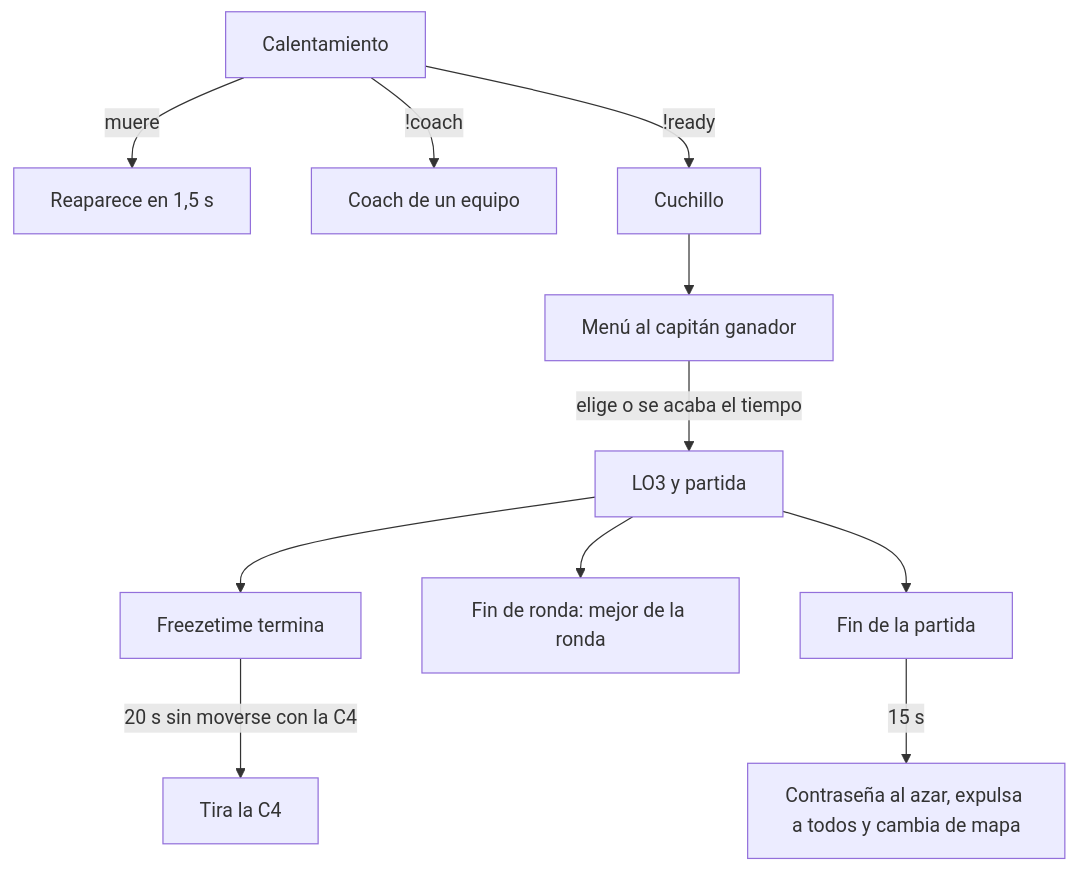
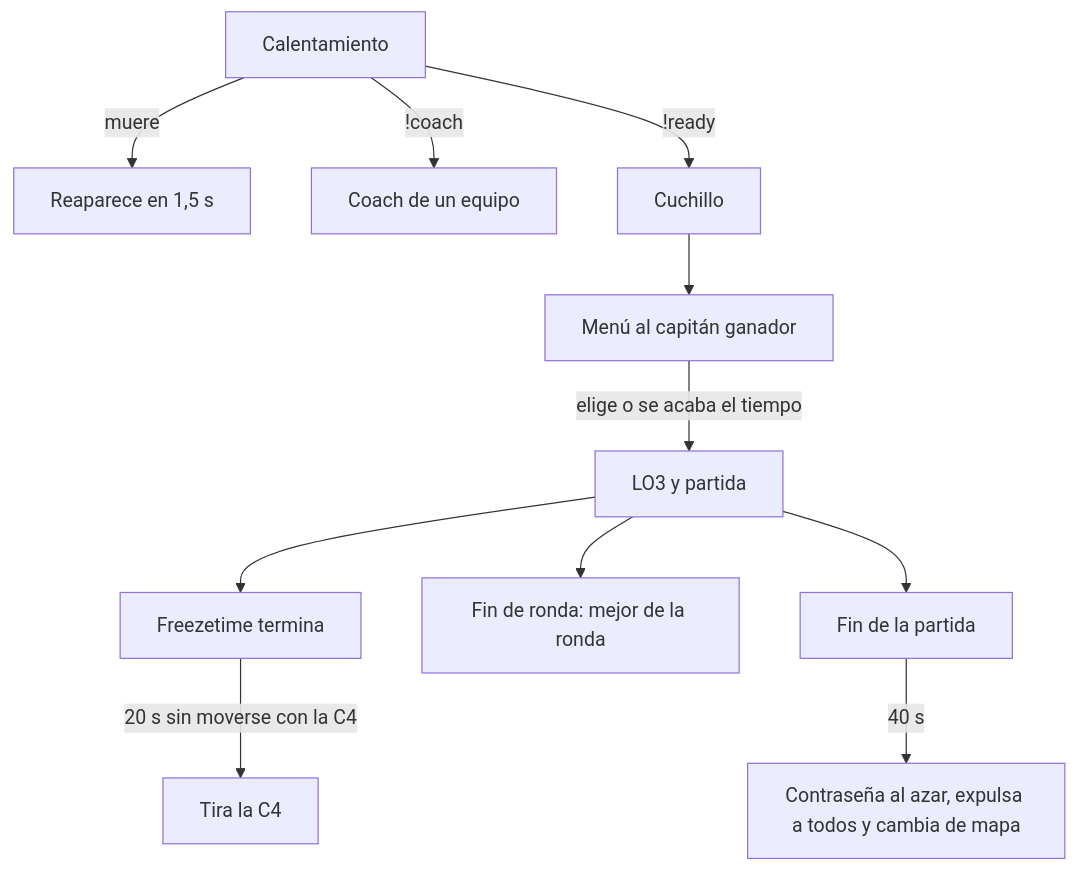
Before and after one commit to mchssj/v34frag: the diagram in docs/bitacora/2026-11-02-qol-tanda-2/DOCUMENTACION.md, drawn with Mermaid. The commit also changed other lines of this file and 8 other files, not shown here.

````diff
--- a/docs/bitacora/2026-11-02-qol-tanda-2/DOCUMENTACION.md
+++ b/docs/bitacora/2026-11-02-qol-tanda-2/DOCUMENTACION.md
@@ -14,13 +14,13 @@
 ```mermaid
 flowchart TD
   W[Calentamiento] -->|muere| R[Reaparece en 1,5 s]
   W -->|!coach| C[Coach de un equipo]
   W -->|!ready| K[Cuchillo]
   K --> V[Menú al capitán ganador]
   V -->|elige o se acaba el tiempo| L[LO3 y partida]
   L --> F[Freezetime termina]
   F -->|20 s sin moverse con la C4| D[Tira la C4]
   L --> E[Fin de ronda: mejor de la ronda]
   L --> T[Fin de la partida]
-  T -->|15 s| X[Contraseña al azar, expulsa a todos y cambia de mapa]
+  T -->|40 s| X[Contraseña al azar, expulsa a todos y cambia de mapa]
 ```
````
